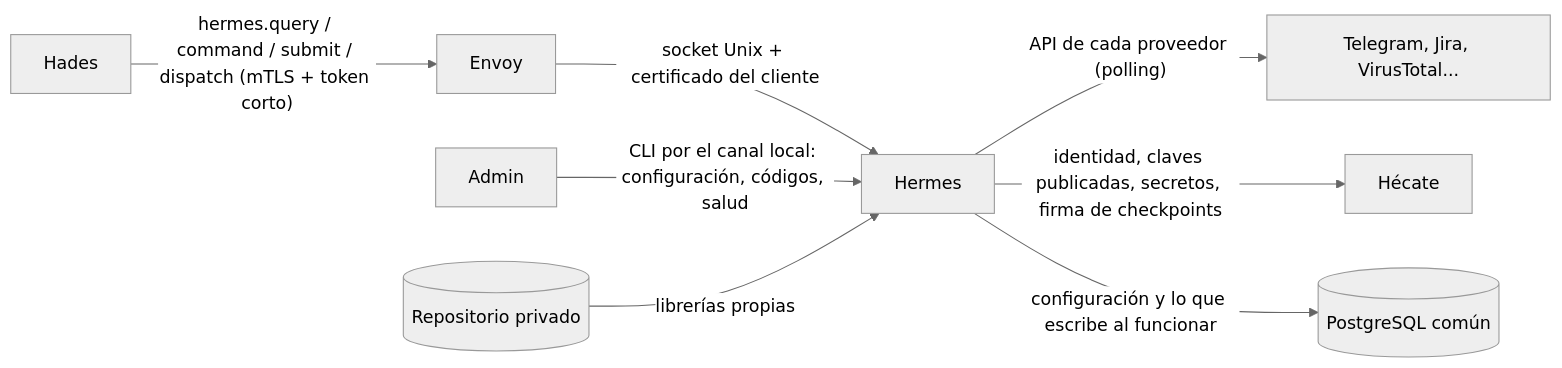
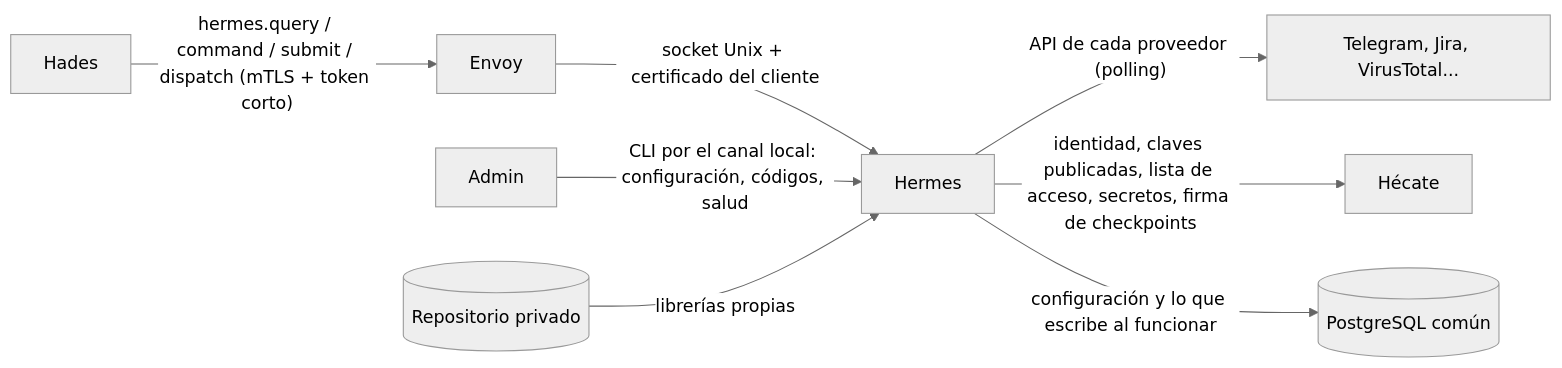
The first of 4 diagrams in docs/hermes.md (xandro30/Cerbero), drawn with Mermaid (neutral theme) before and after one commit. The commit also changed other lines of this file and 72 other files, not shown here.

````diff
--- a/docs/hermes.md
+++ b/docs/hermes.md
@@ -27,10 +27,10 @@
 ```mermaid
 flowchart LR
     Hades -- "hermes.query / command / submit / dispatch (mTLS + token corto)" --> Envoy
     Envoy -- "socket Unix + certificado del cliente" --> Hermes
     Admin -- "CLI por el canal local: configuración, códigos, salud" --> Hermes
     Repo[(Repositorio privado)] -- "librerías propias" --> Hermes
     Hermes -- "API de cada proveedor (polling)" --> Proveedores[Telegram, Jira, VirusTotal...]
-    Hermes -- "identidad, claves publicadas, secretos, firma de checkpoints" --> Hecate[Hécate]
+    Hermes -- "identidad, claves publicadas, lista de acceso, secretos, firma de checkpoints" --> Hecate[Hécate]
     Hermes -- "configuración y lo que escribe al funcionar" --> DB[(PostgreSQL común)]
 ```
````
